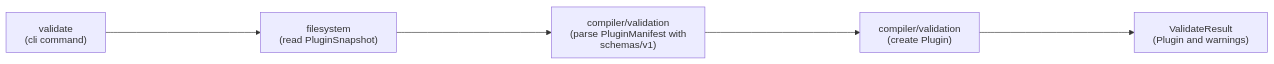
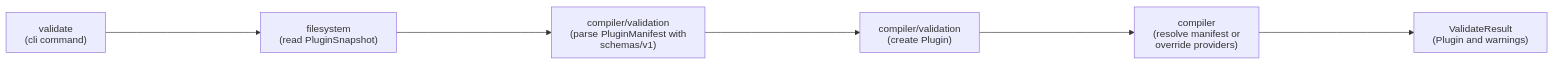
One commit to fam-tung-lam/ptlam-agent-plugin-compiler changed the seventh of 9 diagrams in docs/ARCHITECTURE.md. Above: the diagram before and after it, drawn with Mermaid. The commit also changed other lines of this file and 51 other files, not shown here.

First line of the commit message:
feat(providers): use manifest provider defaults

````diff
--- a/docs/ARCHITECTURE.md
+++ b/docs/ARCHITECTURE.md
@@ -347,29 +376,33 @@
 ```mermaid
 ---
 config:
   htmlLabels: false
 ---
 flowchart LR
     ValidateCommand["`
         validate
         (cli command)
     `"]
     ReadPluginSnapshot["`
         filesystem
         (read PluginSnapshot)
     `"]
     ParsePluginManifest["`
         compiler/validation
         (parse PluginManifest with schemas/v1)
     `"]
     CreatePlugin["`
         compiler/validation
         (create Plugin)
     `"]
+    ResolveProviders["`
+        compiler
+        (resolve manifest or override providers)
+    `"]
     ValidateResult["`
         ValidateResult
         (Plugin and warnings)
     `"]
 
-    ValidateCommand ------> ReadPluginSnapshot ------> ParsePluginManifest ------> CreatePlugin ------> ValidateResult
+    ValidateCommand ------> ReadPluginSnapshot ------> ParsePluginManifest ------> CreatePlugin ------> ResolveProviders ------> ValidateResult
 ```
````
